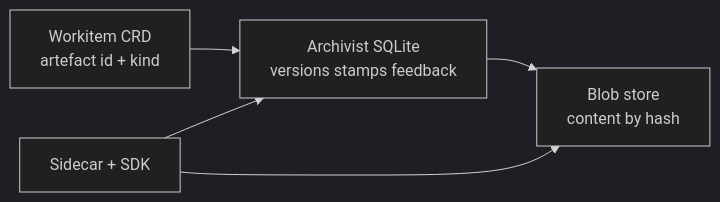
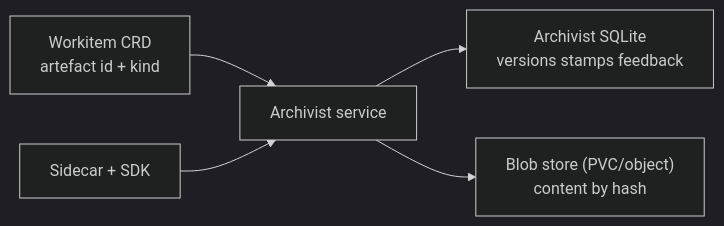
The second of 3 diagrams in 02-flow/04-system-services.md (really-knows-ai/gideas), drawn with Mermaid (dark theme) before and after one commit. The commit also changed other lines of this file and 2 other files, not shown here.

Commit message:
docs(flow): clarify Archivist storage backend semantics

````diff
--- a/02-flow/04-system-services.md
+++ b/02-flow/04-system-services.md
@@ -108,7 +108,7 @@
 ```mermaid
 flowchart LR
-    WI["Workitem CRD<br/>artefact id + kind"] --> SQ["Archivist SQLite<br/>versions stamps feedback"]
-    SQ --> BL["Blob store<br/>content by hash"]
-    SC["Sidecar + SDK"] --> SQ
-    SC --> BL
+    WI["Workitem CRD<br/>artefact id + kind"] --> ARS["Archivist service"]
+    SC["Sidecar + SDK"] --> ARS
+    ARS --> SQ["Archivist SQLite<br/>versions stamps feedback"]
+    ARS --> BL["Blob store (PVC/object)<br/>content by hash"]
 ```
````
